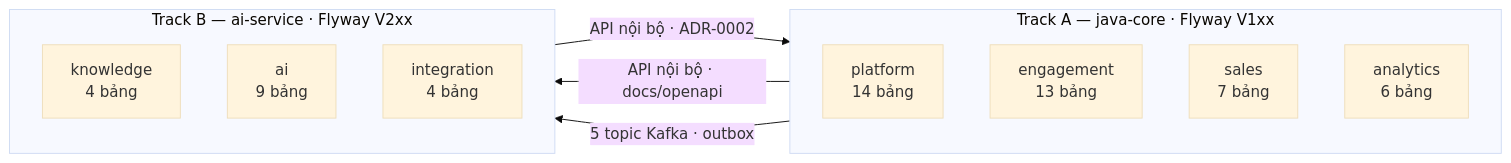
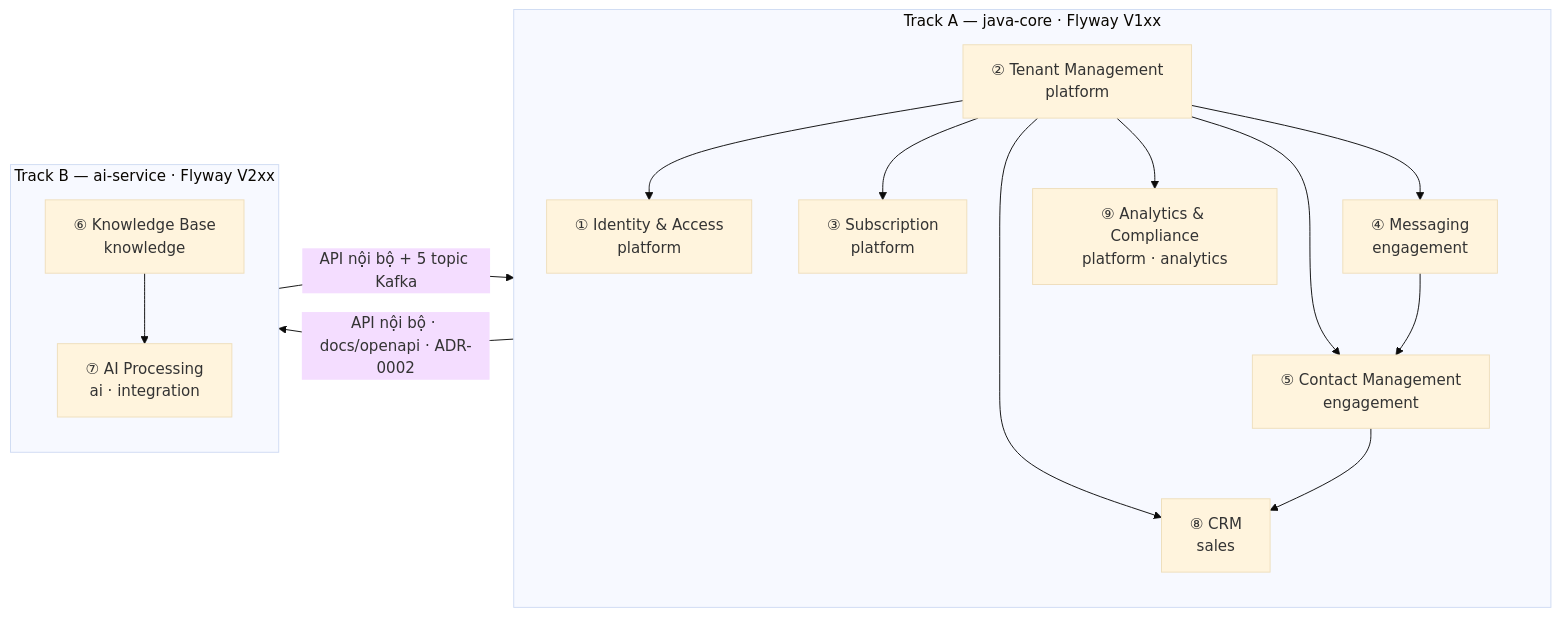
Before and after one commit to KhanhLanBui03/ai-crm-chatbot-platform: the first of 2 diagrams in docs/erd-ai-crm.md, drawn with Mermaid (base theme). The commit also changed other lines of this file and 5 other files, not shown here.

````diff
--- a/docs/erd-ai-crm.md
+++ b/docs/erd-ai-crm.md
@@ -73,17 +85,24 @@
 ```mermaid
 flowchart LR
-    subgraph A["Track A — java-core · Flyway V1xx"]
-        P["platform<br/>14 bảng"]
-        E["engagement<br/>13 bảng"]
-        S["sales<br/>7 bảng"]
-        AN["analytics<br/>6 bảng"]
+    subgraph TA["Track A — java-core · Flyway V1xx"]
+        direction TB
+        C2["② Tenant Management<br/>platform"]
+        C1["① Identity & Access<br/>platform"]
+        C3["③ Subscription<br/>platform"]
+        C4["④ Messaging<br/>engagement"]
+        C5["⑤ Contact Management<br/>engagement"]
+        C8["⑧ CRM<br/>sales"]
+        C9["⑨ Analytics & Compliance<br/>platform · analytics"]
     end
-    subgraph B["Track B — ai-service · Flyway V2xx"]
-        K["knowledge<br/>4 bảng"]
-        AI["ai<br/>9 bảng"]
-        I["integration<br/>4 bảng"]
+    subgraph TB["Track B — ai-service · Flyway V2xx"]
+        direction TB
+        C6["⑥ Knowledge Base<br/>knowledge"]
+        C7["⑦ AI Processing<br/>ai · integration"]
     end
-    A -->|"API nội bộ · docs/openapi"| B
-    B -->|"API nội bộ · ADR-0002"| A
-    A -->|"5 topic Kafka · outbox"| B
+    C2 --> C1 & C3 & C4 & C5 & C8 & C9
+    C4 --> C5
+    C5 --> C8
+    C6 --> C7
+    TA -->|"API nội bộ · docs/openapi · ADR-0002"| TB
+    TB -->|"API nội bộ + 5 topic Kafka"| TA
 ```
````
